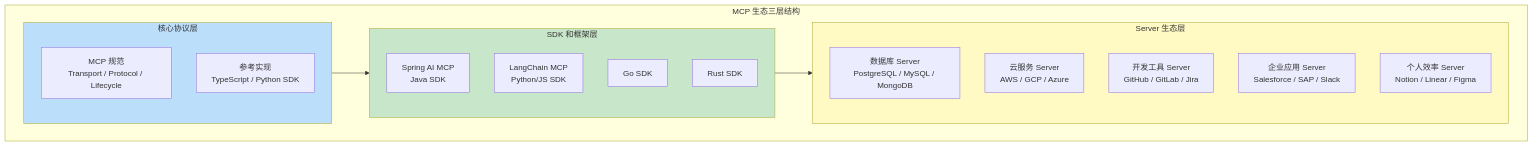
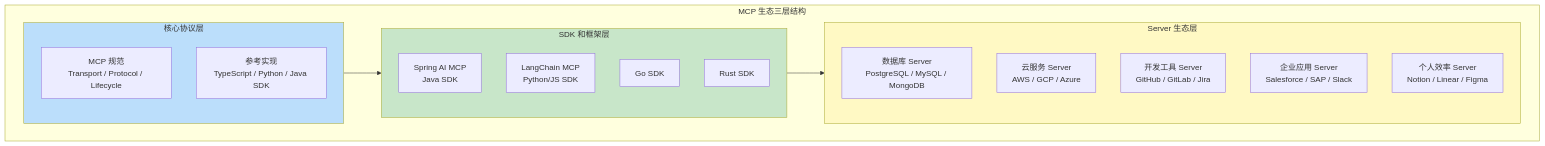
One commit to UranusGit/java-agent-learn changed the third of 21 diagrams in docs/前沿/04-MCP生态全景.md. Above: the diagram before and after it, drawn with Mermaid. The commit also changed other lines of this file and 4 other files, not shown here.

````diff
--- a/docs/前沿/04-MCP生态全景.md
+++ b/docs/前沿/04-MCP生态全景.md
@@ -33,31 +49,31 @@
 ```mermaid
 graph TB
     subgraph 圈层["MCP 生态三层结构"]
         subgraph 内圈["核心协议层"]
             CORE["MCP 规范<br/>Transport / Protocol / Lifecycle"]
-            REF["参考实现<br/>TypeScript / Python SDK"]
+            REF["参考实现<br/>TypeScript / Python / Java SDK"]
         end
 
         subgraph 中圈["SDK 和框架层"]
             SDK1["Spring AI MCP<br/>Java SDK"]
             SDK2["LangChain MCP<br/>Python/JS SDK"]
             SDK3["Go SDK"]
             SDK4["Rust SDK"]
         end
 
         subgraph 外圈["Server 生态层"]
             CAT1["数据库 Server<br/>PostgreSQL / MySQL / MongoDB"]
             CAT2["云服务 Server<br/>AWS / GCP / Azure"]
             CAT3["开发工具 Server<br/>GitHub / GitLab / Jira"]
             CAT4["企业应用 Server<br/>Salesforce / SAP / Slack"]
             CAT5["个人效率 Server<br/>Notion / Linear / Figma"]
         end
     end
 
     内圈 --> 中圈
     中圈 --> 外圈
 
     style 内圈 fill:#bbdefb
     style 中圈 fill:#c8e6c9
     style 外圈 fill:#fff9c4
 ```
````
